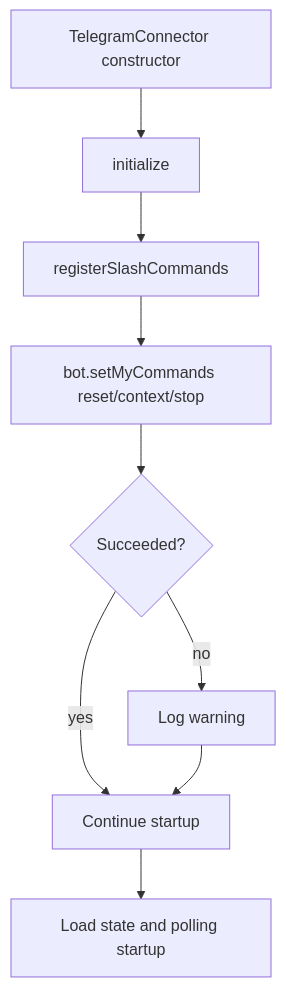
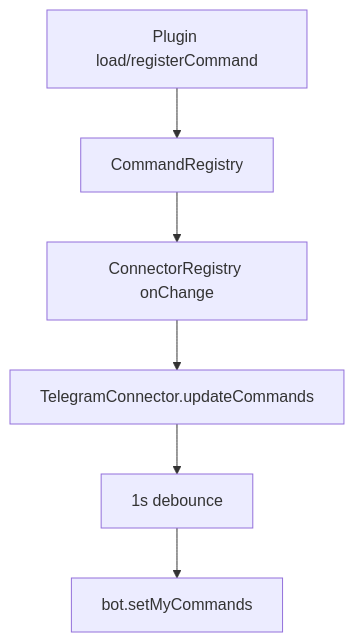
Before and after one commit to ex3ndr/daycare: the first of 2 diagrams in doc/internals/telegram-slash-commands.md, drawn with Mermaid. The commit also changed other lines of this file and 25 other files, not shown here.

Commit message:
feat(daycare): add plugin slash command registry and upgrade plugin

````diff
--- a/doc/internals/telegram-slash-commands.md
+++ b/doc/internals/telegram-slash-commands.md
@@ -12,11 +16,8 @@
 ```mermaid
 flowchart TD
-  A[TelegramConnector constructor] --> B[initialize]
-  B --> C[registerSlashCommands]
-  C --> D[bot.setMyCommands reset/context/stop]
-  D --> E{Succeeded?}
-  E -->|yes| F[Continue startup]
-  E -->|no| G[Log warning]
-  G --> F
-  F --> H[Load state and polling startup]
+  A[Plugin load/registerCommand] --> B[CommandRegistry]
+  B --> C[ConnectorRegistry onChange]
+  C --> D[TelegramConnector.updateCommands]
+  D --> E[1s debounce]
+  E --> F[bot.setMyCommands]
 ```
````
